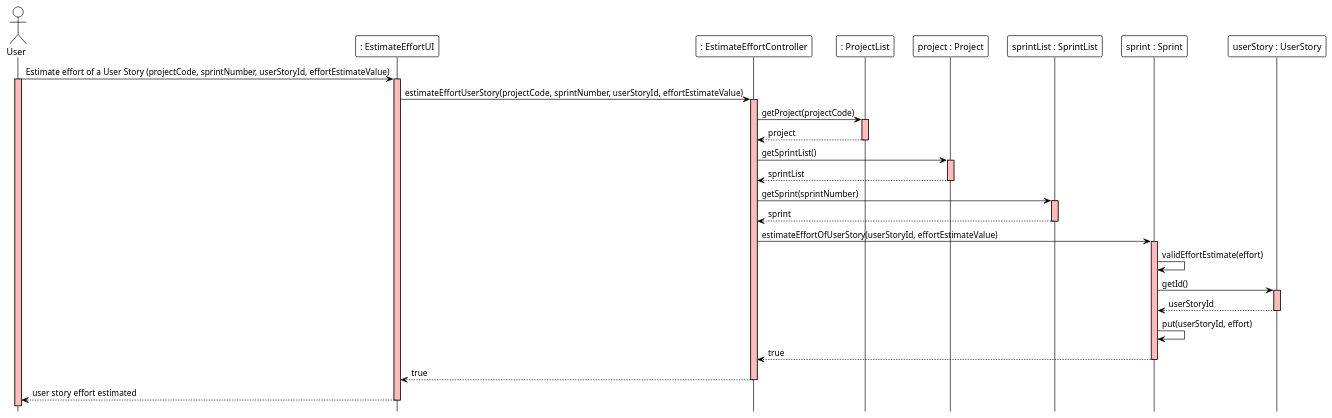
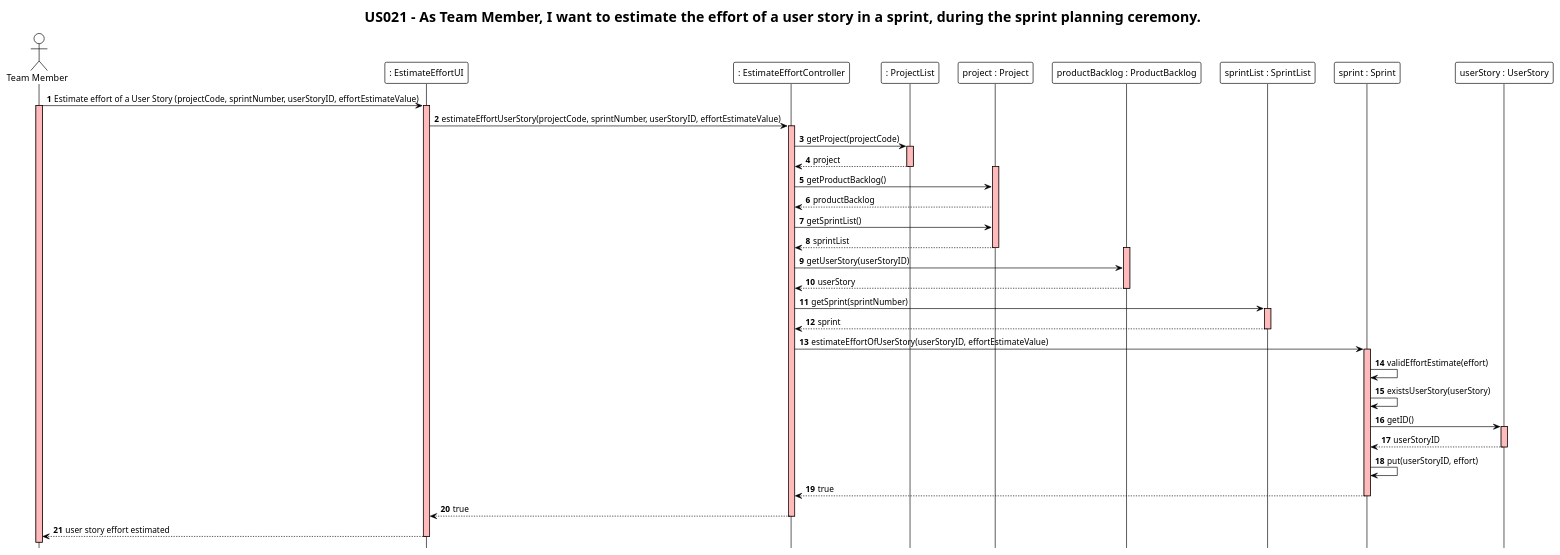
One commit to ivo-menezes/project_g3 changed the diagram in docs/modelling_design/user_stories/us021/US021_EstimateEffortUserStorySD.puml. Above: the diagram before and after it, drawn with PlantUML.

Commit message:
US021: Design: US021_EstimateEffortUserStorySD updated

```diff
--- a/docs/modelling_design/user_stories/us021/US021_EstimateEffortUserStorySD.puml
+++ b/docs/modelling_design/user_stories/us021/US021_EstimateEffortUserStorySD.puml
@@ -1,46 +1,56 @@
 @startuml
 !theme plain
+title US021 - As Team Member, I want to estimate the effort of a user story in a sprint, during the sprint planning ceremony.
+autonumber
 hide footbox
 
-actor "User" as User
+actor "Team Member" as User
 participant ": EstimateEffortUI" as UI
 participant ": EstimateEffortController" as Controller
 participant ": ProjectList" as PL
 participant "project : Project" as P
+participant "productBacklog : ProductBacklog" as PB
 participant "sprintList : SprintList" as SL
 participant "sprint : Sprint" as S
 participant "userStory : UserStory" as US
 
-User ->  UI: Estimate effort of a User Story (projectCode, sprintNumber, userStoryId, effortEstimateValue)
+User ->  UI: Estimate effort of a User Story (projectCode, sprintNumber, userStoryID, effortEstimateValue)
 activate User #FFBBBB
 activate UI #FFBBBB
-UI -> Controller: estimateEffortUserStory(projectCode, sprintNumber, userStoryId, effortEstimateValue)
+UI -> Controller: estimateEffortUserStory(projectCode, sprintNumber, userStoryID, effortEstimateValue)
 activate Controller #FFBBBB
 Controller -> PL: getProject(projectCode)
 activate PL #FFBBBB
 PL --> Controller: project
 deactivate PL
+activate P #FFBBBB
+Controller -> P: getProductBacklog()
+P --> Controller: productBacklog
 Controller -> P: getSprintList()
-activate P #FFBBBB
 P --> Controller: sprintList
 deactivate P
+activate PB #FFBBBB
+Controller -> PB: getUserStory(userStoryID)
+PB --> Controller: userStory
+deactivate PB
 Controller -> SL: getSprint(sprintNumber)
 activate SL #FFBBBB
 SL --> Controller: sprint
 deactivate SL
-Controller -> S: estimateEffortOfUserStory(userStoryId, effortEstimateValue)
+Controller -> S: estimateEffortOfUserStory(userStoryID, effortEstimateValue)
 activate S #FFBBBB
 S -> S: validEffortEstimate(effort)
-S -> US: getId()
+S -> S: existsUserStory(userStory)
+S -> US: getID()
 activate US #FFBBBB
-US --> S: userStoryId
+US --> S: userStoryID
 deactivate US
-S -> S: put(userStoryId, effort)
+S -> S: put(userStoryID, effort)
 S --> Controller: true
 deactivate S
 Controller --> UI: true
 deactivate Controller
 UI --> User: user story effort estimated
 deactivate UI
 
 @enduml
```
